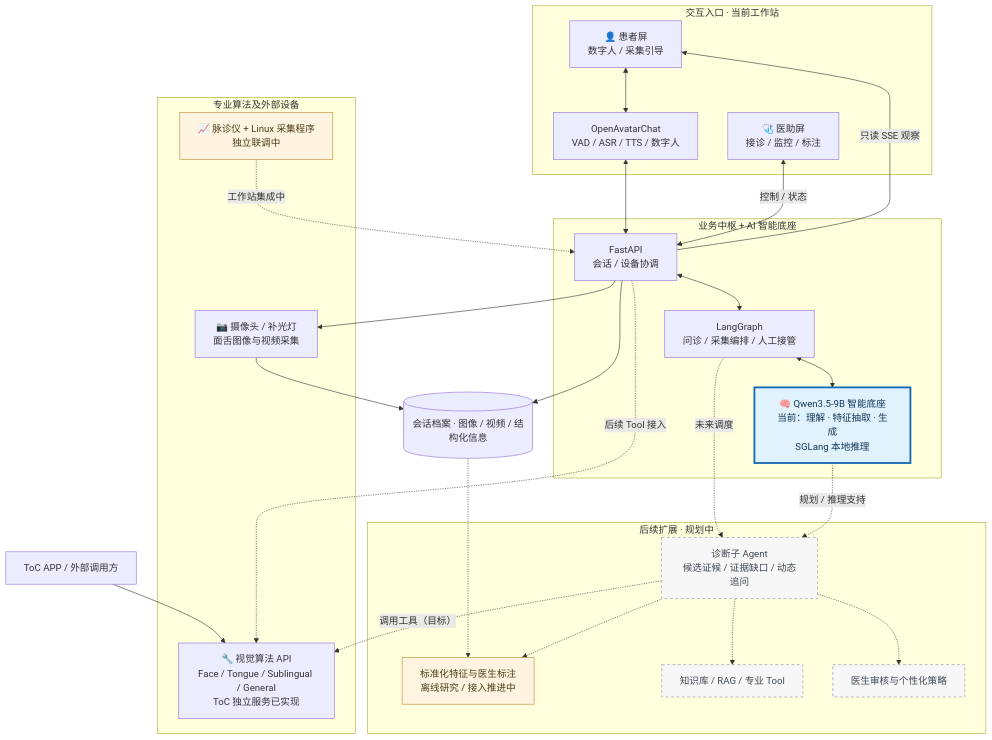
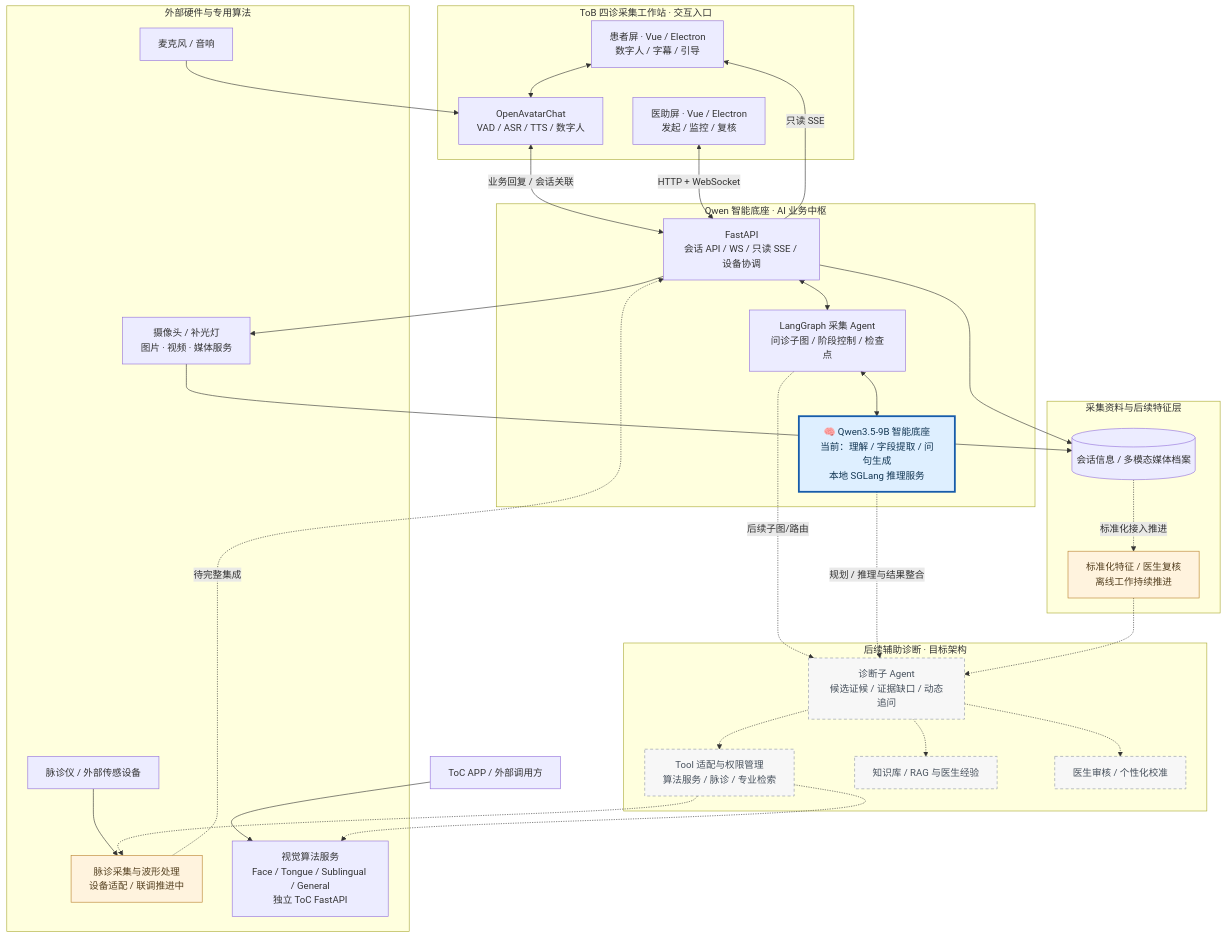
Before and after one commit to Shenchen-Liu/TCM-AI-Portfolio: the diagram in README.md, drawn with Mermaid. The commit also changed other lines of this file, not shown here.

Commit message:
docs: align recruitment showcase with ToB product name and shared Qwen architecture diagram

````diff
--- a/README.md
+++ b/README.md
@@ -38,53 +38,61 @@
 ```mermaid
 flowchart TB
-  subgraph UI["交互入口 · 当前工作站"]
-    PAT["👤 患者屏<br/>数字人 / 采集引导"]
-    STAFF["🩺 医助屏<br/>接诊 / 监控 / 标注"]
-    AVATAR["OpenAvatarChat<br/>VAD / ASR / TTS / 数字人"]
+  subgraph Human["ToB 四诊采集工作站 · 交互入口"]
+    PAT["患者屏 · Vue / Electron<br/>数字人 / 字幕 / 引导"]
+    STAFF["医助屏 · Vue / Electron<br/>发起 / 监控 / 复核"]
+    OAC["OpenAvatarChat<br/>VAD / ASR / TTS / 数字人"]
   end
-  subgraph ENGINE["业务中枢 + AI 智能底座"]
-    API["FastAPI<br/>会话 / 设备协调"]
-    GRAPH["LangGraph<br/>问诊 / 采集编排 / 人工接管"]
-    QWEN["🧠 Qwen3.5-9B 智能底座<br/>当前：理解 · 特征抽取 · 生成<br/>SGLang 本地推理"]
+  subgraph Brain["Qwen 智能底座 · AI 业务中枢"]
+    BACK["FastAPI<br/>会话 API / WS / 只读 SSE / 设备协调"]
+    GRAPH["LangGraph 采集 Agent<br/>问诊子图 / 阶段控制 / 检查点"]
+    QWEN["🧠 Qwen3.5-9B 智能底座<br/>当前：理解 / 字段提取 / 问句生成<br/>本地 SGLang 推理服务"]
   end
-  subgraph TOOLS["专业算法及外部设备"]
-    CAMERA["📷 摄像头 / 补光灯<br/>面舌图像与视频采集"]
-    ALGO["🔧 视觉算法 API<br/>Face / Tongue / Sublingual / General<br/>ToC 独立服务已实现"]
-    PULSE["📈 脉诊仪 + Linux 采集程序<br/>独立联调中"]
+  subgraph Sources["外部硬件与专用算法"]
+    CAM["摄像头 / 补光灯<br/>图片 · 视频 · 媒体服务"]
+    MIC["麦克风 / 音响"]
+    PULSE["脉诊仪 / 外部传感设备"]
+    PULSAPP["脉诊采集与波形处理<br/>设备适配 / 联调推进中"]
+    VIS["视觉算法服务<br/>Face / Tongue / Sublingual / General<br/>独立 ToC FastAPI"]
   end
-  subgraph FUTURE["后续扩展 · 规划中"]
-    FEATURE["标准化特征与医生标注<br/>离线研究 / 接入推进中"]
+  subgraph Data["采集资料与后续特征层"]
+    REC[("会话信息 / 多模态媒体档案")]
+    STANDARD["标准化特征 / 医生复核<br/>离线工作持续推进"]
+  end
+  subgraph Roadmap["后续辅助诊断 · 目标架构"]
     DIAG["诊断子 Agent<br/>候选证候 / 证据缺口 / 动态追问"]
-    RAG["知识库 / RAG / 专业 Tool"]
-    DOCTOR["医生审核与个性化策略"]
+    TOOL["Tool 适配与权限管理<br/>算法服务 / 脉诊 / 专业检索"]
+    RAG["知识库 / RAG 与医生经验"]
+    REVIEW["医生审核 / 个性化校准"]
   end
-  RECORD[("会话档案 · 图像 / 视频 / 结构化信息")]
   APP["ToC APP / 外部调用方"]
 
-  PAT <--> AVATAR
-  AVATAR <--> API
-  STAFF <-->|"控制 / 状态"| API
-  API -->|"只读 SSE 观察"| PAT
-  API <--> GRAPH
+  PAT <--> OAC
+  MIC --> OAC
+  OAC <-->|"业务回复 / 会话关联"| BACK
+  STAFF <-->|"HTTP + WebSocket"| BACK
+  BACK -->|"只读 SSE"| PAT
+  BACK <--> GRAPH
   GRAPH <--> QWEN
-  API --> CAMERA
-  CAMERA --> RECORD
-  API --> RECORD
-  APP --> ALGO
-  API -.->|"后续 Tool 接入"| ALGO
-  PULSE -.->|"工作站集成中"| API
-  RECORD -.-> FEATURE
-  GRAPH -.->|"未来调度"| DIAG
-  QWEN -.->|"规划 / 推理支持"| DIAG
-  DIAG -.-> FEATURE
+  BACK --> CAM
+  CAM --> REC
+  BACK --> REC
+  APP --> VIS
+  PULSE --> PULSAPP
+  PULSAPP -.->|"待完整集成"| BACK
+  REC -.->|"标准化接入推进"| STANDARD
+  GRAPH -.->|"后续子图/路由"| DIAG
+  QWEN -.->|"规划 / 推理与结果整合"| DIAG
+  STANDARD -.-> DIAG
+  DIAG -.-> TOOL
   DIAG -.-> RAG
-  DIAG -.->|"调用工具（目标）"| ALGO
-  DIAG -.-> DOCTOR
+  DIAG -.-> REVIEW
+  TOOL -.-> VIS
+  TOOL -.-> PULSAPP
 
-  classDef foundation fill:#e1f2ff,stroke:#1367b4,stroke-width:3px,color:#123653;
-  classDef planned fill:#f7f7f7,stroke:#8b939f,stroke-dasharray:5 4,color:#404851;
-  classDef partial fill:#fff4df,stroke:#c18a31,color:#4a3b1b;
-  class QWEN foundation;
-  class DIAG,RAG,DOCTOR planned;
-  class FEATURE,PULSE partial;
+  classDef brain fill:#deefff,stroke:#175caa,stroke-width:3px,color:#123653;
+  classDef planned fill:#f7f7f7,stroke:#9098a4,stroke-dasharray:5 4,color:#47515d;
+  classDef ongoing fill:#fff3de,stroke:#b9802e,color:#554020;
+  class QWEN brain;
+  class DIAG,TOOL,RAG,REVIEW planned;
+  class PULSAPP,STANDARD ongoing;
 ```
````
